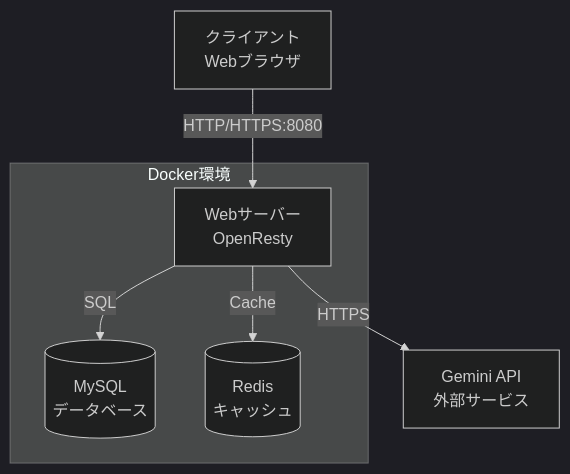
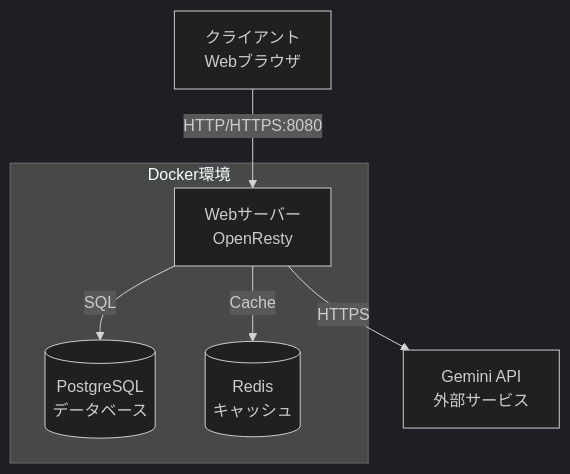
Before and after one commit to hawkie275/LuaAIDiary: the first of 11 diagrams in DESIGN.md, drawn with Mermaid (dark theme). The commit also changed other lines of this file and 17 other files, not shown here.

Commit message:
Migrate to PostgreSQL

````diff
--- a/DESIGN.md
+++ b/DESIGN.md
@@ -50,17 +50,17 @@
 ```mermaid
 graph TB
     Client[クライアント<br/>Webブラウザ]
     
     subgraph Docker環境
         Web[Webサーバー<br/>OpenResty]
-        DB[(MySQL<br/>データベース)]
+        DB[(PostgreSQL<br/>データベース)]
         Redis[(Redis<br/>キャッシュ)]
     end
     
     Gemini[Gemini API<br/>外部サービス]
     
     Client -->|HTTP/HTTPS:8080| Web
     Web -->|SQL| DB
     Web -->|Cache| Redis
     Web -->|HTTPS| Gemini
 ```
````
